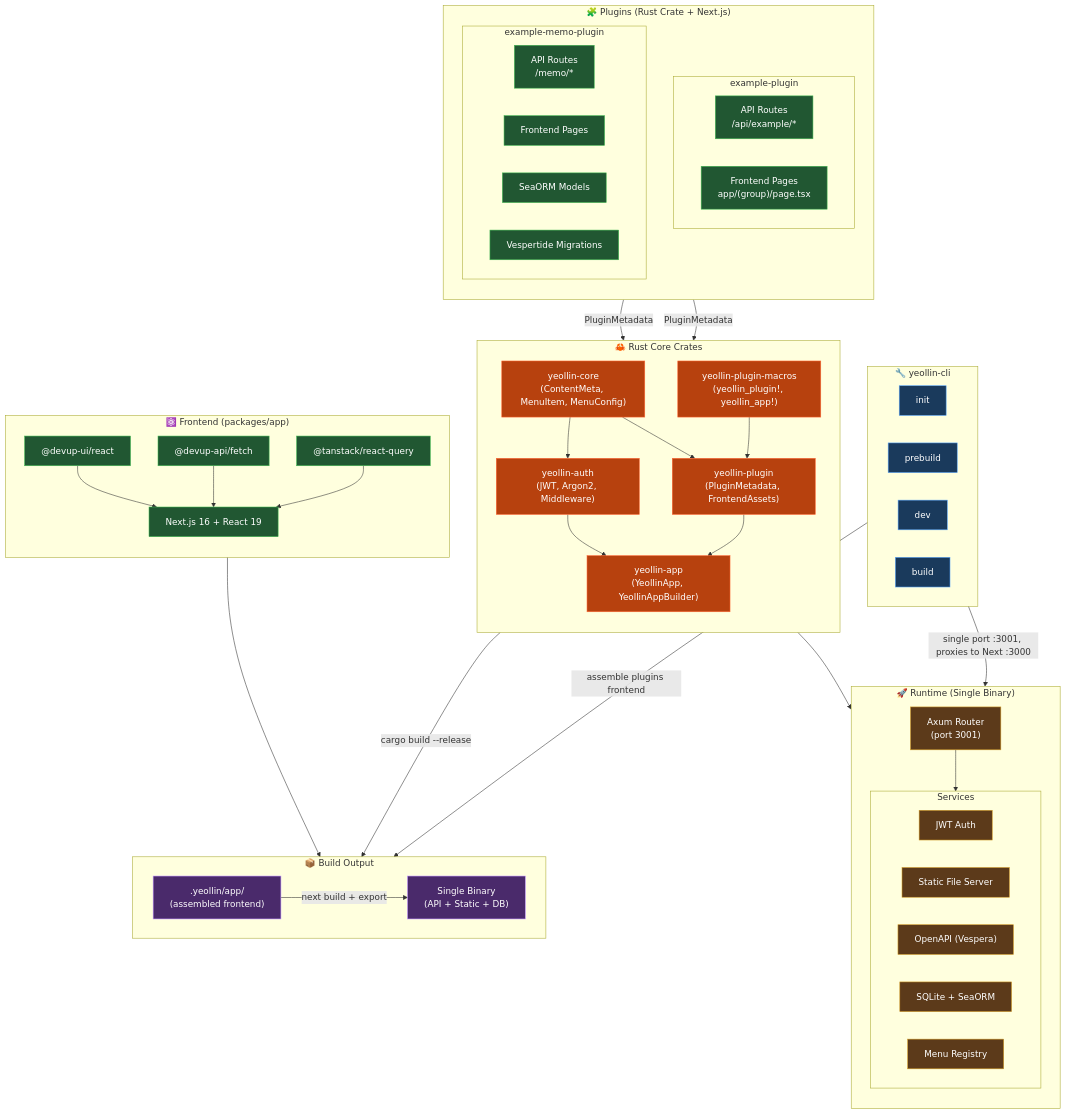
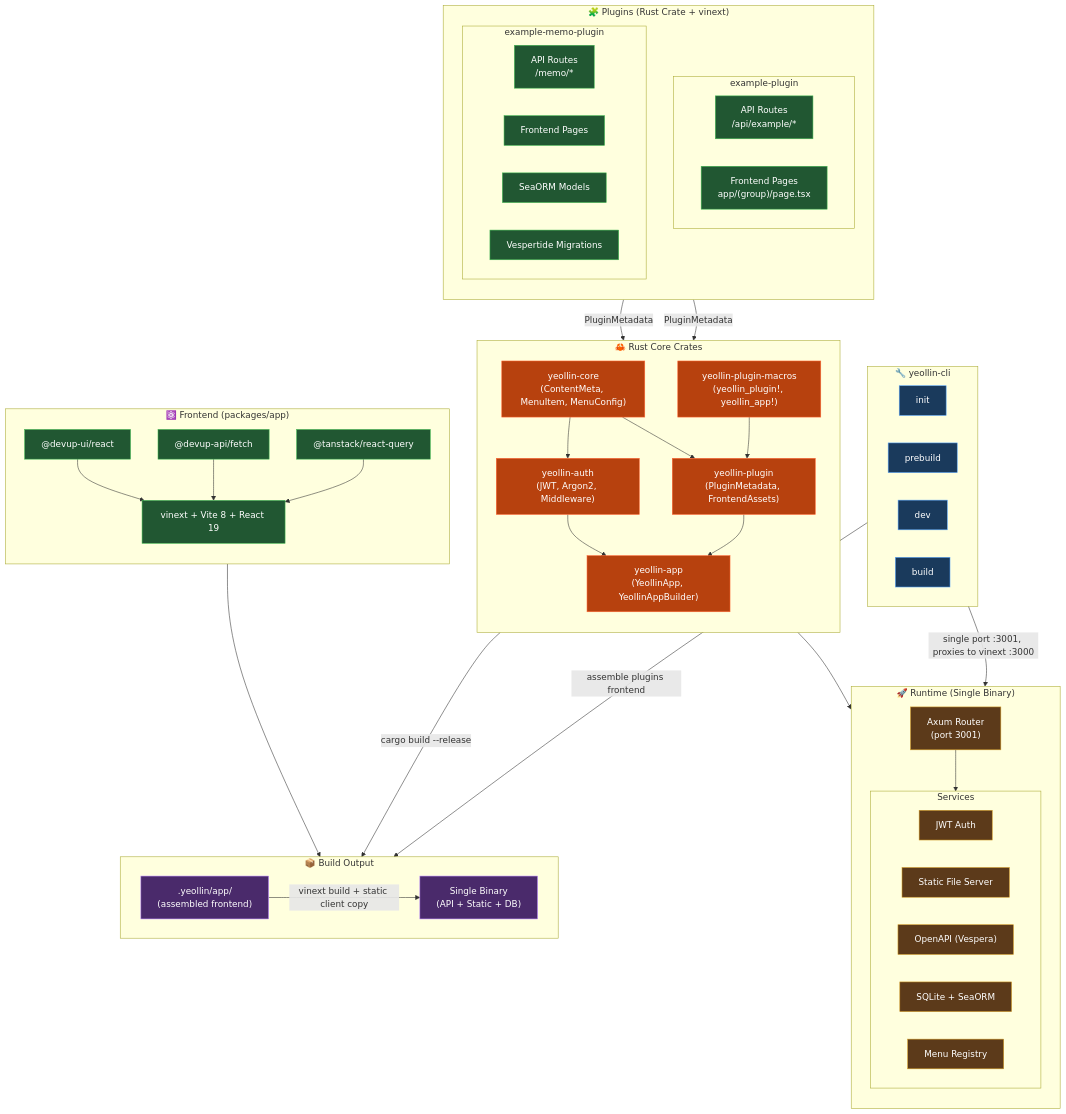
One commit to dev-five-git/yeollin-cms changed the diagram in docs/architecture.md. Above: the diagram before and after it, drawn with Mermaid. The commit also changed other lines of this file and 4 other files, not shown here.

```diff
--- a/docs/architecture.md
+++ b/docs/architecture.md
@@ -23,7 +23,7 @@
         appLib["yeollin-app<br/>(YeollinApp, YeollinAppBuilder)"]
     end
 
-    subgraph Plugins["🧩 Plugins (Rust Crate + Next.js)"]
+    subgraph Plugins["🧩 Plugins (Rust Crate + vinext)"]
         direction TB
         subgraph P1["example-plugin"]
             p1routes["API Routes<br/>/api/example/*"]
@@ -39,7 +39,7 @@
 
     subgraph Frontend["⚛️ Frontend (packages/app)"]
         direction TB
-        nextjs["Next.js 16 + React 19"]
+        vinext["vinext + Vite 8 + React 19"]
         devupui["@devup-ui/react"]
         devupapi["@devup-api/fetch"]
         rq["@tanstack/react-query"]
@@ -77,21 +77,21 @@
 
     %% CLI flow
     prebuild -->|"assemble plugins frontend"| dotYeollin
-    dotYeollin -->|"next build + export"| binary
+    dotYeollin -->|"vinext build + static client copy"| binary
     appLib -->|"cargo build --release"| binary
 
     %% Frontend composition
-    devupui --> nextjs
-    devupapi --> nextjs
-    rq --> nextjs
-    nextjs --> dotYeollin
+    devupui --> vinext
+    devupapi --> vinext
+    rq --> vinext
+    vinext --> dotYeollin
 
     %% Runtime composition
     appLib --> axum
     axum --> Services
 
     %% Dev mode
-    dev -->|"single port :3001, proxies to Next :3000"| axum
+    dev -->|"single port :3001, proxies to vinext :3000"| axum
 
     classDef rust fill:#b7410e,stroke:#ff6633,color:#fff
     classDef node fill:#215732,stroke:#3fb950,color:#fff
@@ -100,7 +100,7 @@
     classDef runtime fill:#5c3a1a,stroke:#d29922,color:#fff
 
     class core,auth,pluginLib,macros,appLib rust
-    class nextjs,devupui,devupapi,rq node
+    class vinext,devupui,devupapi,rq node
     class init,prebuild,dev,build cli
     class dotYeollin,binary output
     class axum,jwtS,staticS,openapiS,dbS,menuS runtime
```
